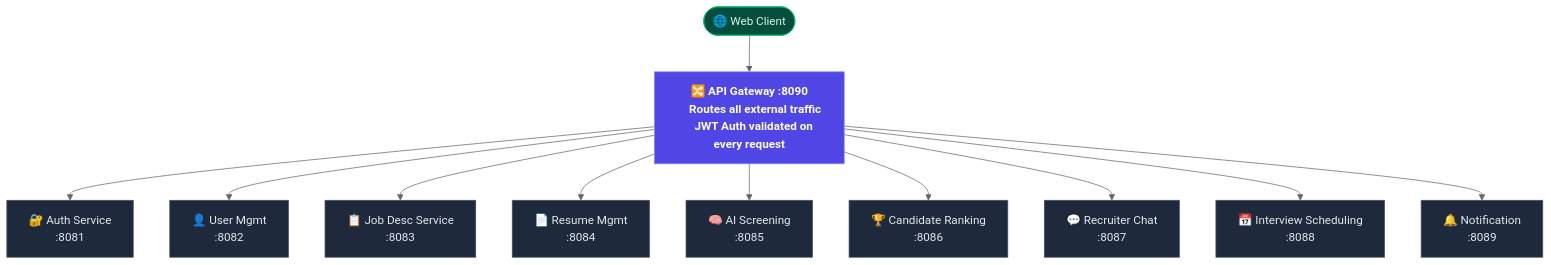
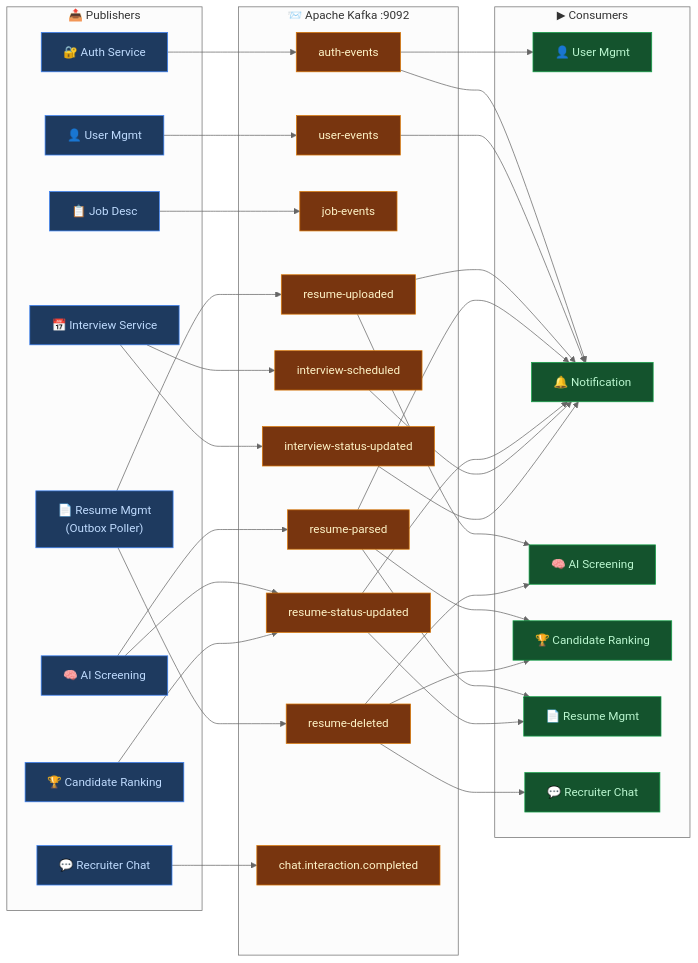
The second of 6 diagrams in README.md (Priyanshujaiswal1024/AI-Screening-Distributed-System), drawn with Mermaid (neutral theme) before and after one commit. The commit also changed other lines of this file, not shown here.

First line of the commit message:
docs(readme): split spaghetti diagram into 3 clean focused Mermaid diagrams (LR layout)

````diff
--- a/README.md
+++ b/README.md
@@ -201,35 +145,71 @@
 ```mermaid
-graph TD
-    Client([🌐 Web Client]) --> GW
+graph LR
+    subgraph PUB["📤 Publishers"]
+        Auth["🔐 Auth Service"]
+        User["👤 User Mgmt"]
+        Job["📋 Job Desc"]
+        RM["📄 Resume Mgmt\n(Outbox Poller)"]
+        AI["🧠 AI Screening"]
+        CR["🏆 Candidate Ranking"]
+        Chat["💬 Recruiter Chat"]
+        Intv["📅 Interview Service"]
+    end
 
-    GW["🔀 API Gateway :8090
-    Routes all external traffic
-    JWT Auth validated on every request"]
+    subgraph KAFKA["📨 Apache Kafka :9092"]
+        T1["auth-events"]
+        T2["user-events"]
+        T3["job-events"]
+        T4["resume-uploaded"]
+        T5["resume-parsed"]
+        T6["resume-status-updated"]
+        T7["resume-deleted"]
+        T8["interview-scheduled"]
+        T9["interview-status-updated"]
+        T10["chat.interaction.completed"]
+    end
 
-    GW --> Auth["🔐 Auth Service
-    :8081"]
-    GW --> User["👤 User Mgmt
-    :8082"]
-    GW --> Job["📋 Job Desc Service
-    :8083"]
-    GW --> RM["📄 Resume Mgmt
-    :8084"]
-    GW --> AI["🧠 AI Screening
-    :8085"]
-    GW --> CR["🏆 Candidate Ranking
-    :8086"]
-    GW --> Chat["💬 Recruiter Chat
-    :8087"]
-    GW --> Intv["📅 Interview Scheduling
-    :8088"]
-    GW --> Notif["🔔 Notification
-    :8089"]
+    subgraph CON["▶ Consumers"]
+        UserC["👤 User Mgmt"]
+        NotifC["🔔 Notification"]
+        AIC["🧠 AI Screening"]
+        CRC["🏆 Candidate Ranking"]
+        RMC["📄 Resume Mgmt"]
+        ChatC["💬 Recruiter Chat"]
+    end
 
-    classDef gateway fill:#4f46e5,stroke:#818cf8,color:#fff,font-weight:bold
-    classDef service fill:#1e293b,stroke:#475569,color:#e2e8f0
-    classDef client fill:#064e3b,stroke:#10b981,color:#d1fae5
+    Auth  --> T1
+    User  --> T2
+    Job   --> T3
+    RM    --> T4
+    RM    --> T7
+    AI    --> T5
+    AI    --> T6
+    CR    --> T6
+    Chat  --> T10
+    Intv  --> T8
+    Intv  --> T9
 
-    class GW gateway
-    class Auth,User,Job,RM,AI,CR,Chat,Intv,Notif service
-    class Client client
+    T1 --> UserC
+    T1 --> NotifC
+    T2 --> NotifC
+    T4 --> AIC
+    T4 --> NotifC
+    T5 --> CRC
+    T5 --> RMC
+    T5 --> NotifC
+    T6 --> RMC
+    T6 --> NotifC
+    T7 --> AIC
+    T7 --> CRC
+    T7 --> ChatC
+    T8 --> NotifC
+    T9 --> NotifC
+
+    classDef pub   fill:#1e3a5f,stroke:#3b82f6,color:#bfdbfe
+    classDef topic fill:#78350f,stroke:#d97706,color:#fef3c7
+    classDef con   fill:#14532d,stroke:#16a34a,color:#bbf7d0
+
+    class Auth,User,Job,RM,AI,CR,Chat,Intv pub
+    class T1,T2,T3,T4,T5,T6,T7,T8,T9,T10 topic
+    class UserC,NotifC,AIC,CRC,RMC,ChatC con
 ```
````
